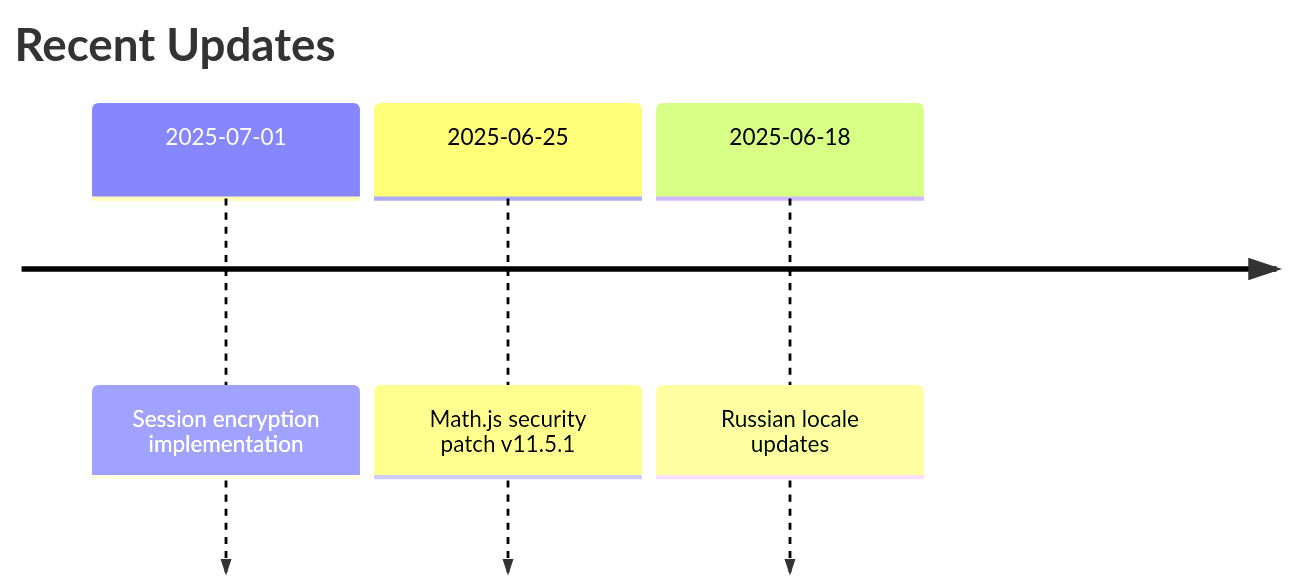
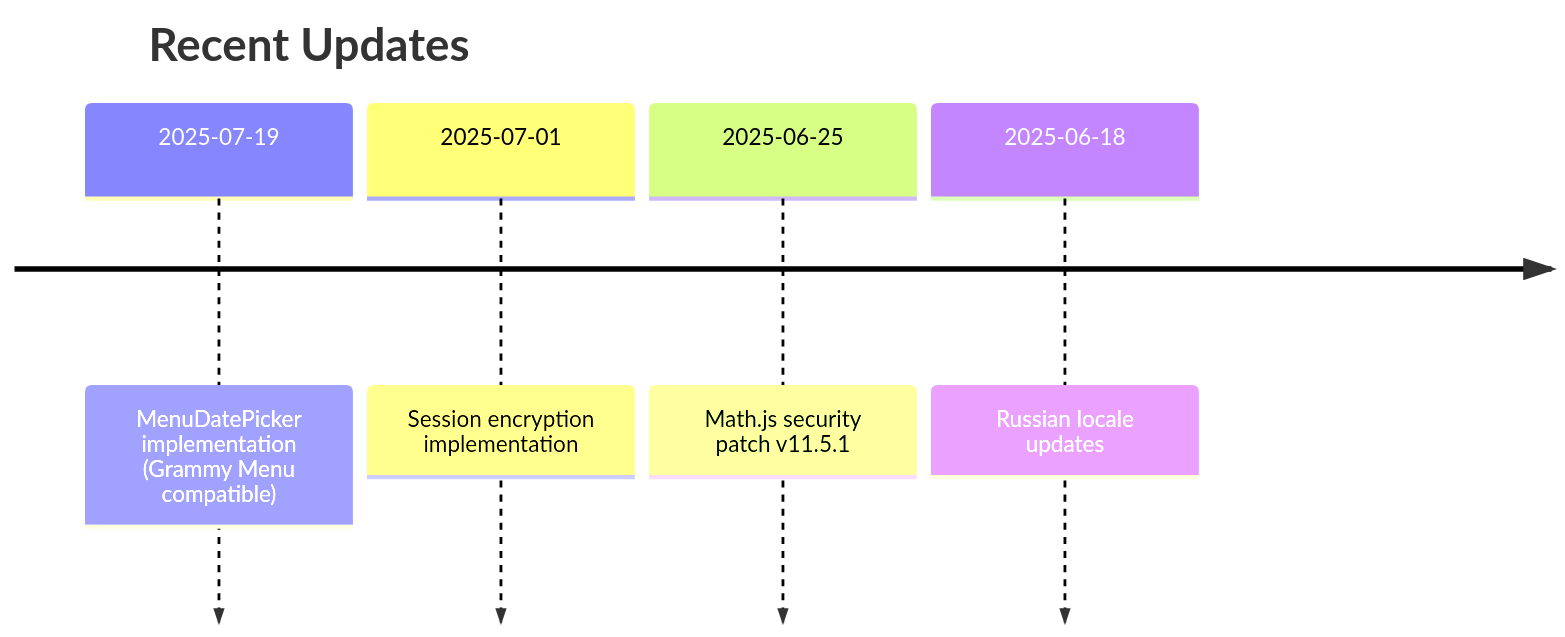
One commit to cyxou/firefly-iii-telegram-bot changed the diagram in memory_bank/activeContext.md. Above: the diagram before and after it, drawn with Mermaid. The commit also changed other lines of this file and 17 other files, not shown here.

````diff
--- a/memory_bank/activeContext.md
+++ b/memory_bank/activeContext.md
@@ -15,7 +15,8 @@
 ```mermaid
 timeline
     title Recent Updates
+    2025-07-19 : MenuDatePicker implementation (Grammy Menu compatible)
     2025-07-01 : Session encryption implementation
     2025-06-25 : Math.js security patch v11.5.1
     2025-06-18 : Russian locale updates
 ```
````
